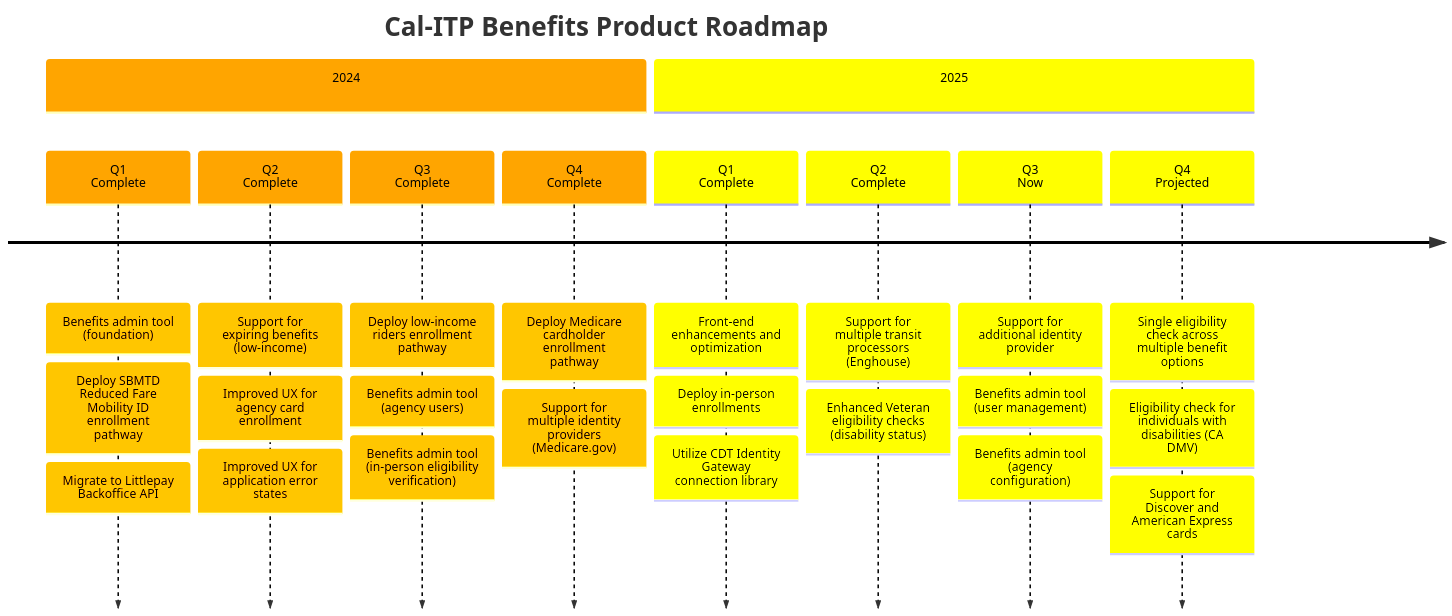
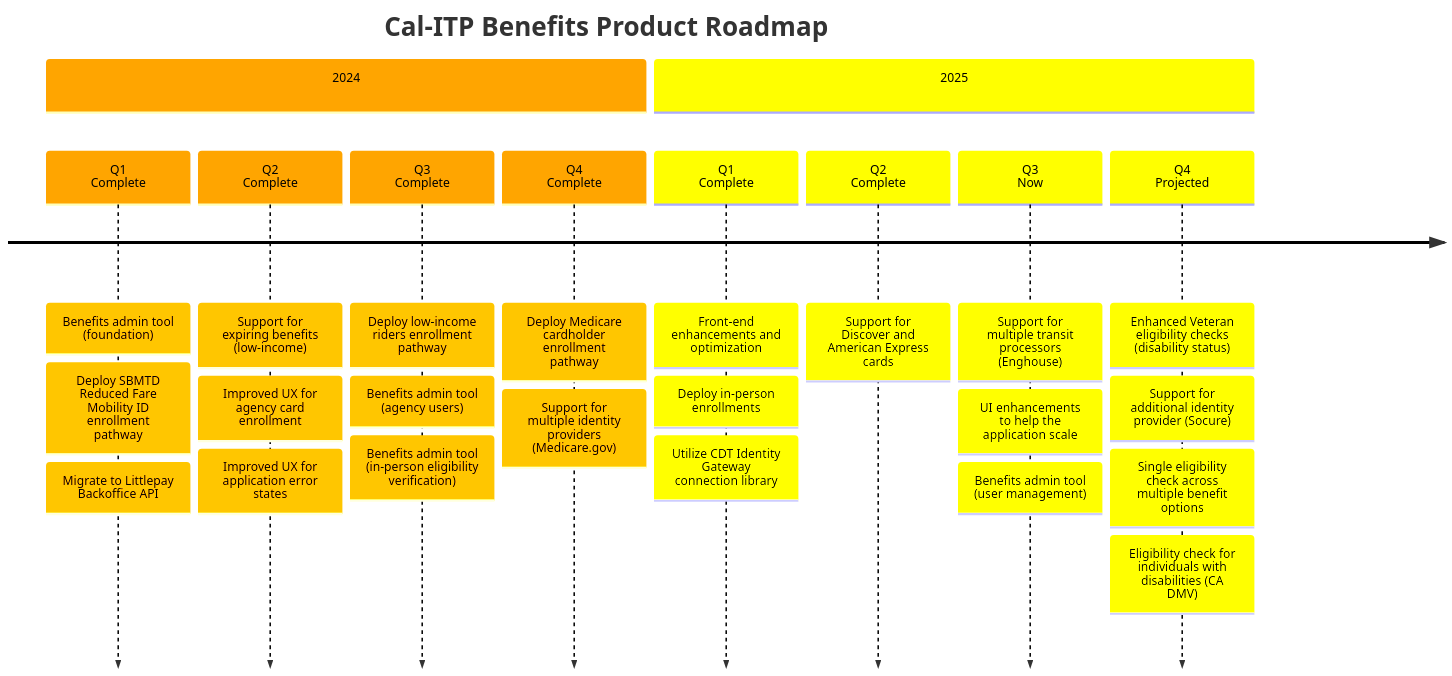
One commit to cal-itp/benefits changed the diagram in docs/enrollment-pathways/README.md. Above: the diagram before and after it, drawn with Mermaid.

Commit message:
docs: updated timeline for epics and initiatives in 2025

````diff
--- a/docs/enrollment-pathways/README.md
+++ b/docs/enrollment-pathways/README.md
@@ -19,60 +19,60 @@
 ```mermaid
 timeline
     title Cal-ITP Benefits Product Roadmap
 %% Cal-ITP Benefits Epics (2024)
           section 2024
 
           Q1<br>Complete
           : Benefits admin tool (foundation)
           : Deploy SBMTD Reduced Fare Mobility ID enrollment pathway
           : Migrate to Littlepay Backoffice API
 
           Q2<br>Complete
           : Support for expiring benefits (low-income)
           : Improved UX for agency card enrollment
           : Improved UX for application error states
 
           Q3<br>Complete
           : Deploy low-income riders enrollment pathway
           : Benefits admin tool (agency users)
           : Benefits admin tool (in-person eligibility verification)
 
           Q4<br>Complete
           : Deploy Medicare cardholder enrollment pathway
           : Support for multiple identity providers (Medicare.gov)
 
 %% Cal-ITP Benefits Epics (2025)
           section 2025
 
           Q1<br>Complete
         : Front-end enhancements and optimization
         : Deploy in-person enrollments
         : Utilize CDT Identity Gateway connection library
 
           Q2<br>Complete
-        : Support for multiple transit processors (Enghouse)
-        : Enhanced Veteran eligibility checks (disability status)
+        : Support for Discover and American Express cards
 
           Q3<br>Now
-        : Support for additional identity provider
+        : Support for multiple transit processors (Enghouse)
+        : UI enhancements to help the application scale
         : Benefits admin tool (user management)
-        : Benefits admin tool (agency configuration)
 
           Q4<br>Projected
+        : Enhanced Veteran eligibility checks (disability status)
+        : Support for additional identity provider (Socure)
         : Single eligibility check across multiple benefit options
         : Eligibility check for individuals with disabilities (CA DMV)
-        : Support for Discover and American Express cards
 
 %%{
   init: {
     'logLevel': 'debug',
     'theme': 'default' ,
     'themeVariables': {
       'cScale0': 'orange',
       'cScaleLabel0': 'black',
       'cScale1': 'yellow',
       'cScaleLabel1': 'black'
     }
   }
 }%%
 ```
````
